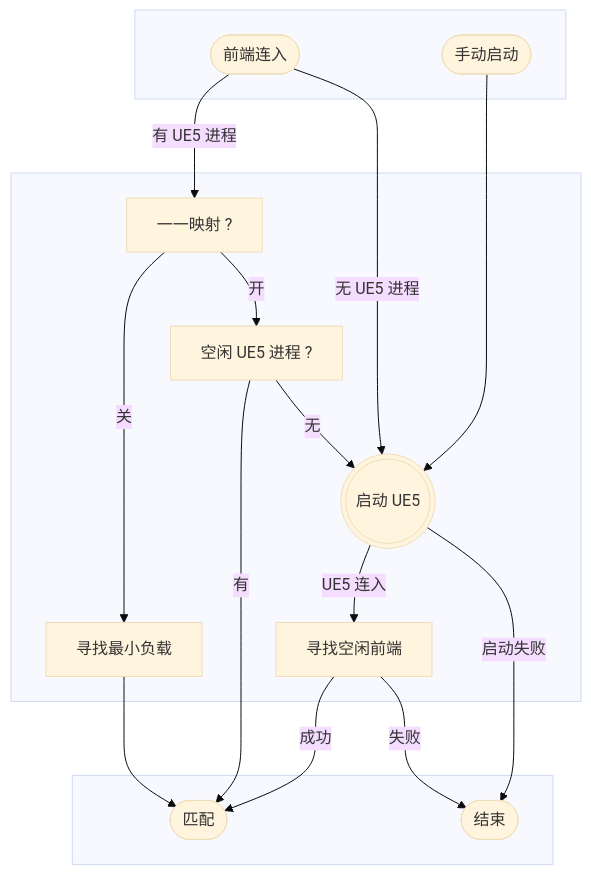
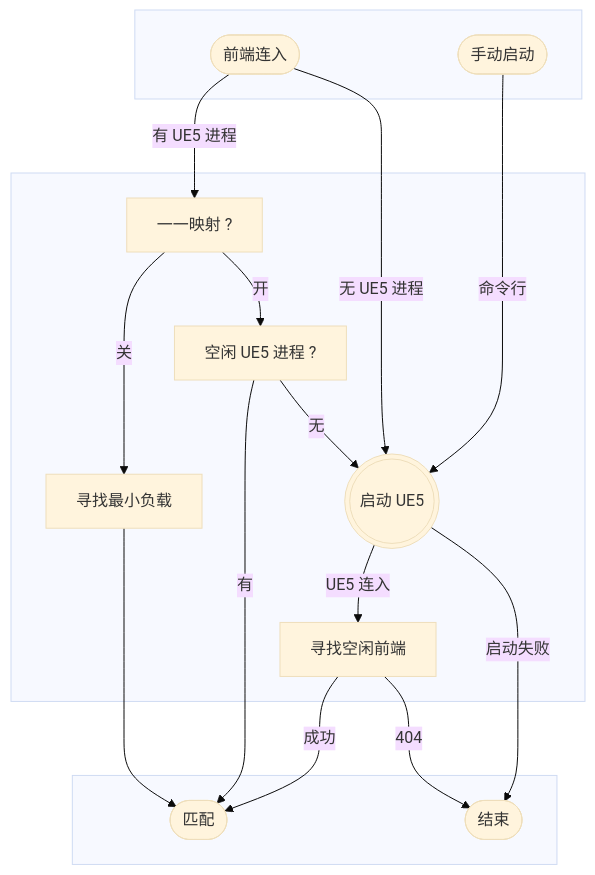
Before and after one commit to Mu-L/peer-stream: the diagram in README-zh.md, drawn with Mermaid (base theme). The commit also changed other lines of this file, not shown here.

````diff
--- a/README-zh.md
+++ b/README-zh.md
@@ -65,34 +64,35 @@
 ```mermaid
 flowchart TD;
+    subgraph  
+        player([前端连入]);
+        manual([手动启动])
+    end
+
     subgraph   
         finish([结束]);
         match([匹配]);
     end
 
     subgraph  
-        UE5([前端连入]);
-        manual([手动启动])
-    end
-
-    subgraph  
-        start --UE5 连入--> 寻找空闲前端;
+        claim[寻找空闲前端];
+        start --UE5 连入--> claim;
         idle --有--> match;
         start --启动失败--> finish;
-        map121 --关--> min --> match;  
+        map121 --关--> min ---> match;  
        
         map121[一一映射 ?];
         start(((启动 UE5)));
         idle[空闲 UE5 进程 ?];
         min[寻找最小负载];
     
         idle --无--> start;
-        UE5 -- 有 UE5 进程 --> map121;
+        player -- 有 UE5 进程 --> map121;
         map121 --开--> idle; 
-        UE5 -- 无 UE5 进程 --> start;
+        player -- 无 UE5 进程 --> start;
        
-        寻找空闲前端 --成功--> match;
-        寻找空闲前端 --失败--> finish;
+        claim --成功--> match;
+        claim --404--> finish;
 
-        manual  --> start;
+        manual  --命令行--> start;
     end
 ```
````
